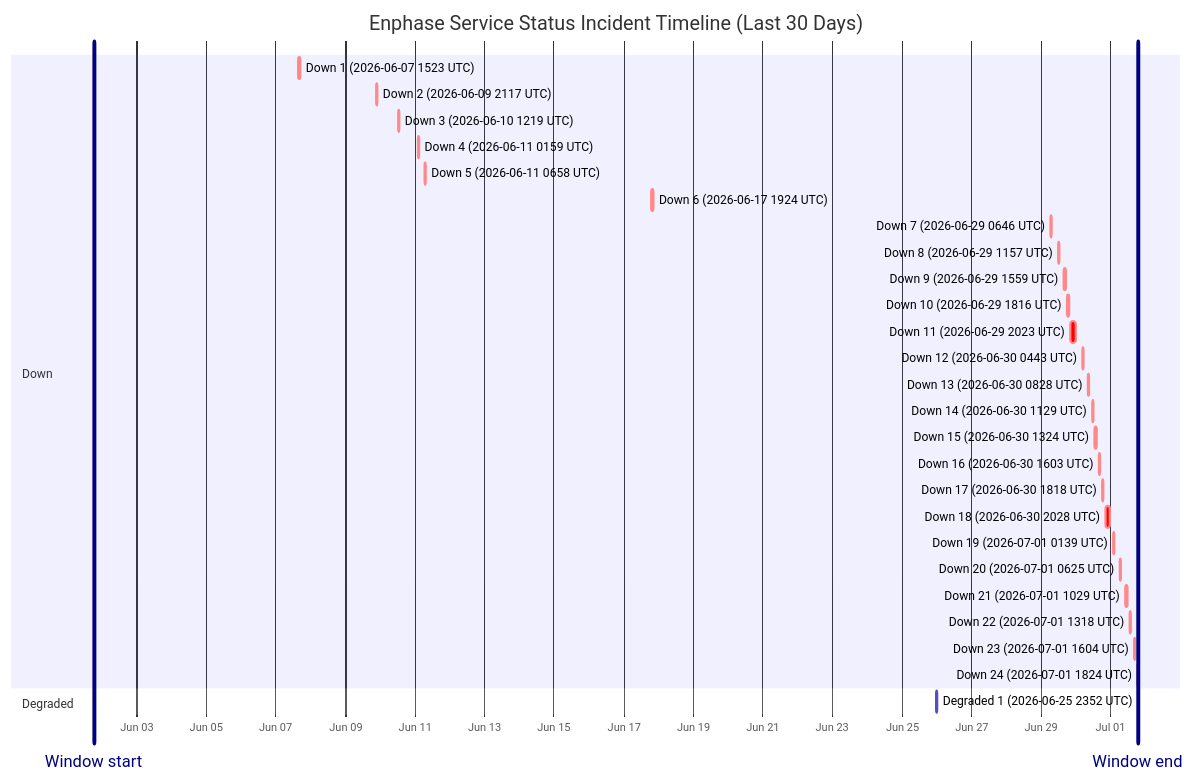
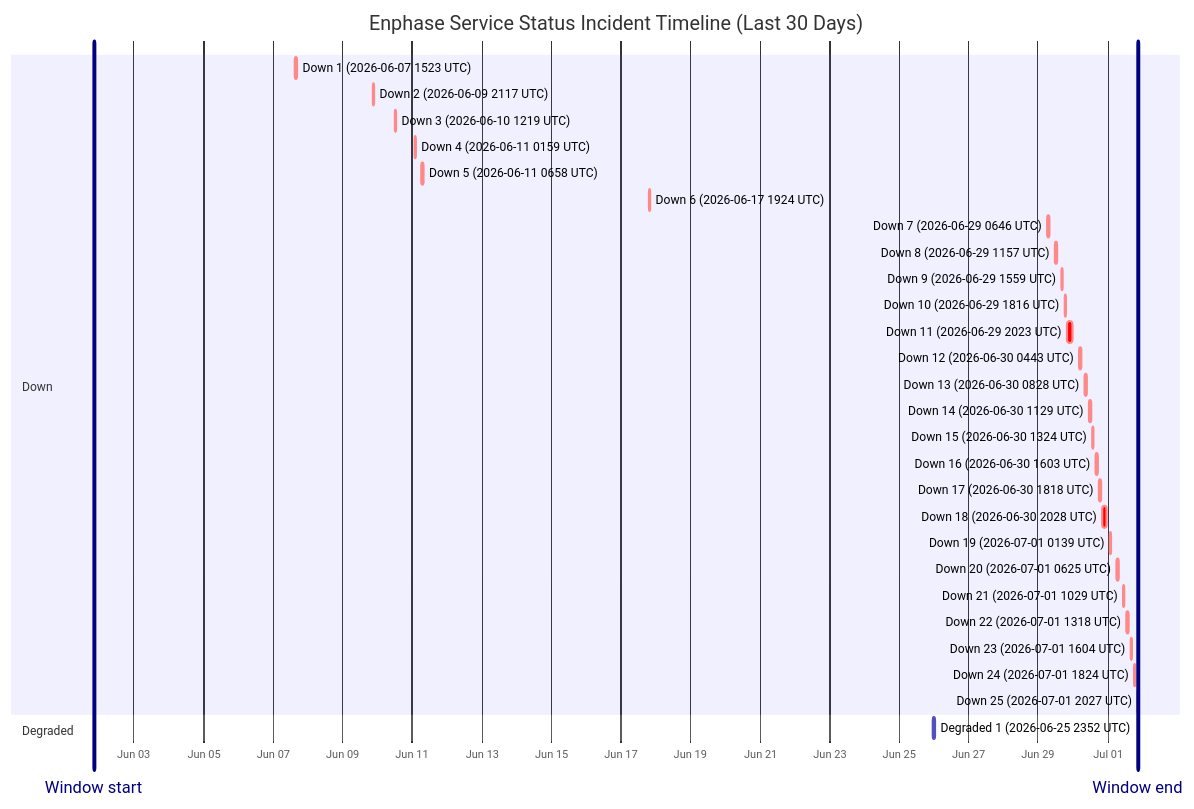
Before and after one commit to barneyonline/ha-enphase-energy: the diagram in wiki/Service-Status-History.md, drawn with Mermaid. The commit also changed other lines of this file and 3 other files, not shown here.

````diff
--- a/wiki/Service-Status-History.md
+++ b/wiki/Service-Status-History.md
@@ -14,35 +14,36 @@
 ```mermaid
 gantt
     title Enphase Service Status Incident Timeline (Last 30 Days)
     dateFormat  YYYY-MM-DDTHH:mm:ss
     axisFormat  %b %d
-    Window start :vert, window-start, 2026-06-01T18:24:21, 0ms
-    Window end :vert, window-end, 2026-07-01T18:24:21, 0ms
+    Window start :vert, window-start, 2026-06-01T20:27:17, 0ms
+    Window end :vert, window-end, 2026-07-01T20:27:17, 0ms
     section Down
     Down 1 (2026-06-07 1523 UTC) :crit, down-1, 2026-06-07T15:23:22, 87m
     Down 2 (2026-06-09 2117 UTC) :crit, down-2, 2026-06-09T21:17:17, 60m
     Down 3 (2026-06-10 1219 UTC) :crit, down-3, 2026-06-10T12:19:21, 60m
     Down 4 (2026-06-11 0159 UTC) :crit, down-4, 2026-06-11T01:59:36, 60m
     Down 5 (2026-06-11 0658 UTC) :crit, down-5, 2026-06-11T06:58:45, 60m
     Down 6 (2026-06-17 1924 UTC) :crit, down-6, 2026-06-17T19:24:51, 60m
     Down 7 (2026-06-29 0646 UTC) :crit, down-7, 2026-06-29T06:46:18, 60m
     Down 8 (2026-06-29 1157 UTC) :crit, down-8, 2026-06-29T11:57:36, 60m
     Down 9 (2026-06-29 1559 UTC) :crit, down-9, 2026-06-29T15:59:02, 60m
     Down 10 (2026-06-29 1816 UTC) :crit, down-10, 2026-06-29T18:16:38, 60m
     Down 11 (2026-06-29 2023 UTC) :crit, down-11, 2026-06-29T20:23:16, 220m
     Down 12 (2026-06-30 0443 UTC) :crit, down-12, 2026-06-30T04:43:54, 60m
     Down 13 (2026-06-30 0828 UTC) :crit, down-13, 2026-06-30T08:28:43, 60m
     Down 14 (2026-06-30 1129 UTC) :crit, down-14, 2026-06-30T11:29:15, 60m
     Down 15 (2026-06-30 1324 UTC) :crit, down-15, 2026-06-30T13:24:25, 60m
     Down 16 (2026-06-30 1603 UTC) :crit, down-16, 2026-06-30T16:03:26, 60m
     Down 17 (2026-06-30 1818 UTC) :crit, down-17, 2026-06-30T18:18:39, 60m
     Down 18 (2026-06-30 2028 UTC) :crit, down-18, 2026-06-30T20:28:54, 171m
     Down 19 (2026-07-01 0139 UTC) :crit, down-19, 2026-07-01T01:39:18, 60m
     Down 20 (2026-07-01 0625 UTC) :crit, down-20, 2026-07-01T06:25:35, 60m
     Down 21 (2026-07-01 1029 UTC) :crit, down-21, 2026-07-01T10:29:24, 60m
     Down 22 (2026-07-01 1318 UTC) :crit, down-22, 2026-07-01T13:18:31, 60m
     Down 23 (2026-07-01 1604 UTC) :crit, down-23, 2026-07-01T16:04:29, 60m
     Down 24 (2026-07-01 1824 UTC) :crit, down-24, 2026-07-01T18:24:21, 60m
+    Down 25 (2026-07-01 2027 UTC) :crit, down-25, 2026-07-01T20:27:17, 60m
     section Degraded
     Degraded 1 (2026-06-25 2352 UTC) :active, degraded-1, 2026-06-25T23:52:01, 60m
 ```
````
